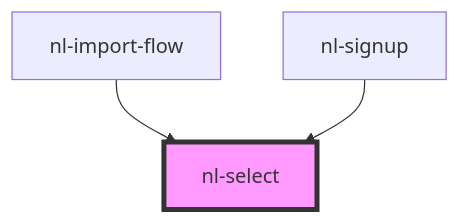
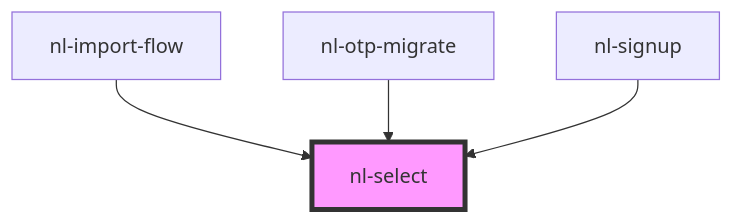
The diagram in packages/components/src/components/nl-select/readme.md (nostrband/nostr-login), drawn with Mermaid before and after one commit. The commit also changed other lines of this file and 12 other files, not shown here.

Commit message:
Add otp-migrate screen

````diff
--- a/packages/components/src/components/nl-select/readme.md
+++ b/packages/components/src/components/nl-select/readme.md
@@ -31,6 +32,7 @@
 ```mermaid
 graph TD;
   nl-import-flow --> nl-select
+  nl-otp-migrate --> nl-select
   nl-signup --> nl-select
   style nl-select fill:#f9f,stroke:#333,stroke-width:4px
 ```
````
